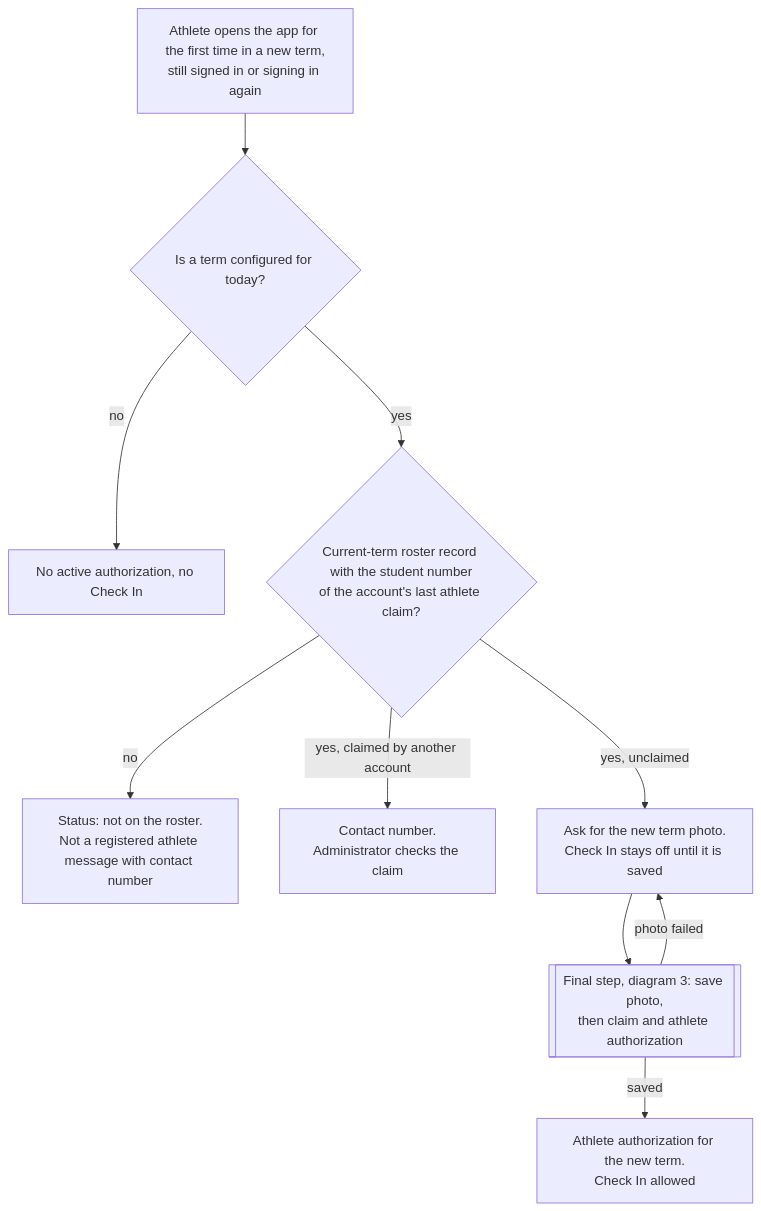
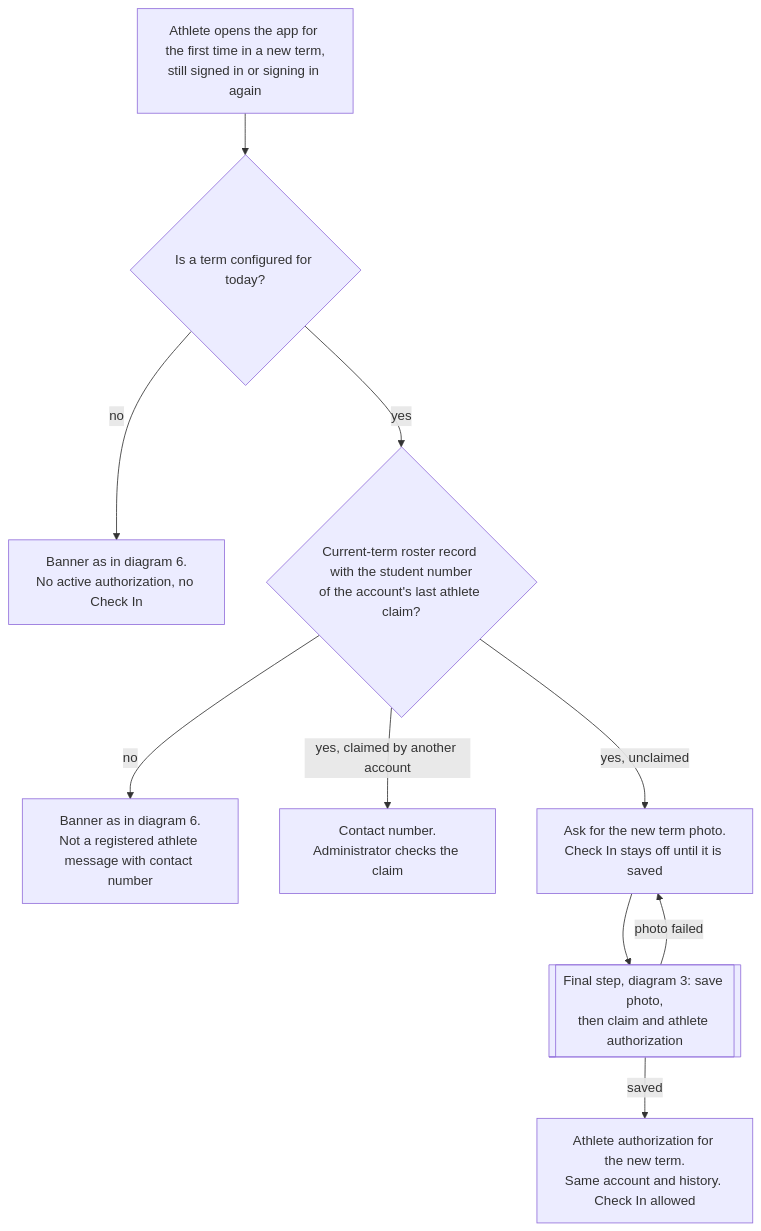
The eighth of 9 diagrams in docs/design/registration-flows.md (Th3-Minorities/natatorio-gym-app), drawn with Mermaid before and after one commit. The commit also changed other lines of this file, not shown here.

Commit message:
Apply the design review decisions to the registration flows

````diff
--- a/docs/design/registration-flows.md
+++ b/docs/design/registration-flows.md
@@ -246,12 +250,12 @@
 ```mermaid
 flowchart TD
   START["Athlete opens the app for the first time in a new term,<br/>still signed in or signing in again"] --> T{"Is a term configured for today?"}
-  T -->|"no"| X0["No active authorization, no Check In"]
+  T -->|"no"| X0["Banner as in diagram 6.<br/>No active authorization, no Check In"]
   T -->|"yes"| M{"Current-term roster record with the student number<br/>of the account's last athlete claim?"}
-  M -->|"no"| X1["Status: not on the roster.<br/>Not a registered athlete message with contact number"]
+  M -->|"no"| X1["Banner as in diagram 6.<br/>Not a registered athlete message with contact number"]
   M -->|"yes, claimed by another account"| X2["Contact number.<br/>Administrator checks the claim"]
   M -->|"yes, unclaimed"| PH["Ask for the new term photo.<br/>Check In stays off until it is saved"]
   PH --> FIN[["Final step, diagram 3: save photo,<br/>then claim and athlete authorization"]]
   FIN -->|"photo failed"| PH
-  FIN -->|"saved"| OK["Athlete authorization for the new term.<br/>Check In allowed"]
+  FIN -->|"saved"| OK["Athlete authorization for the new term.<br/>Same account and history. Check In allowed"]
 ```
````
